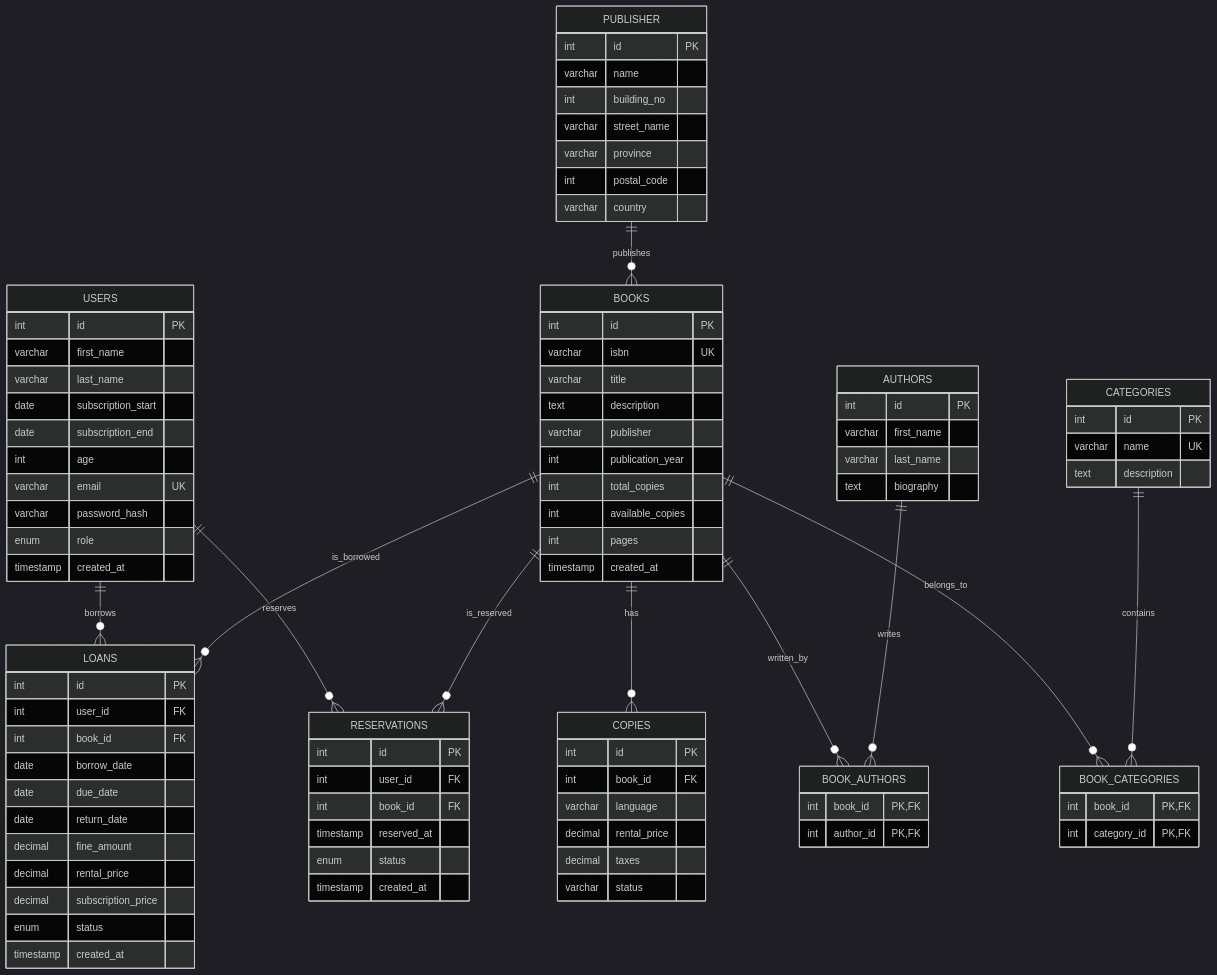
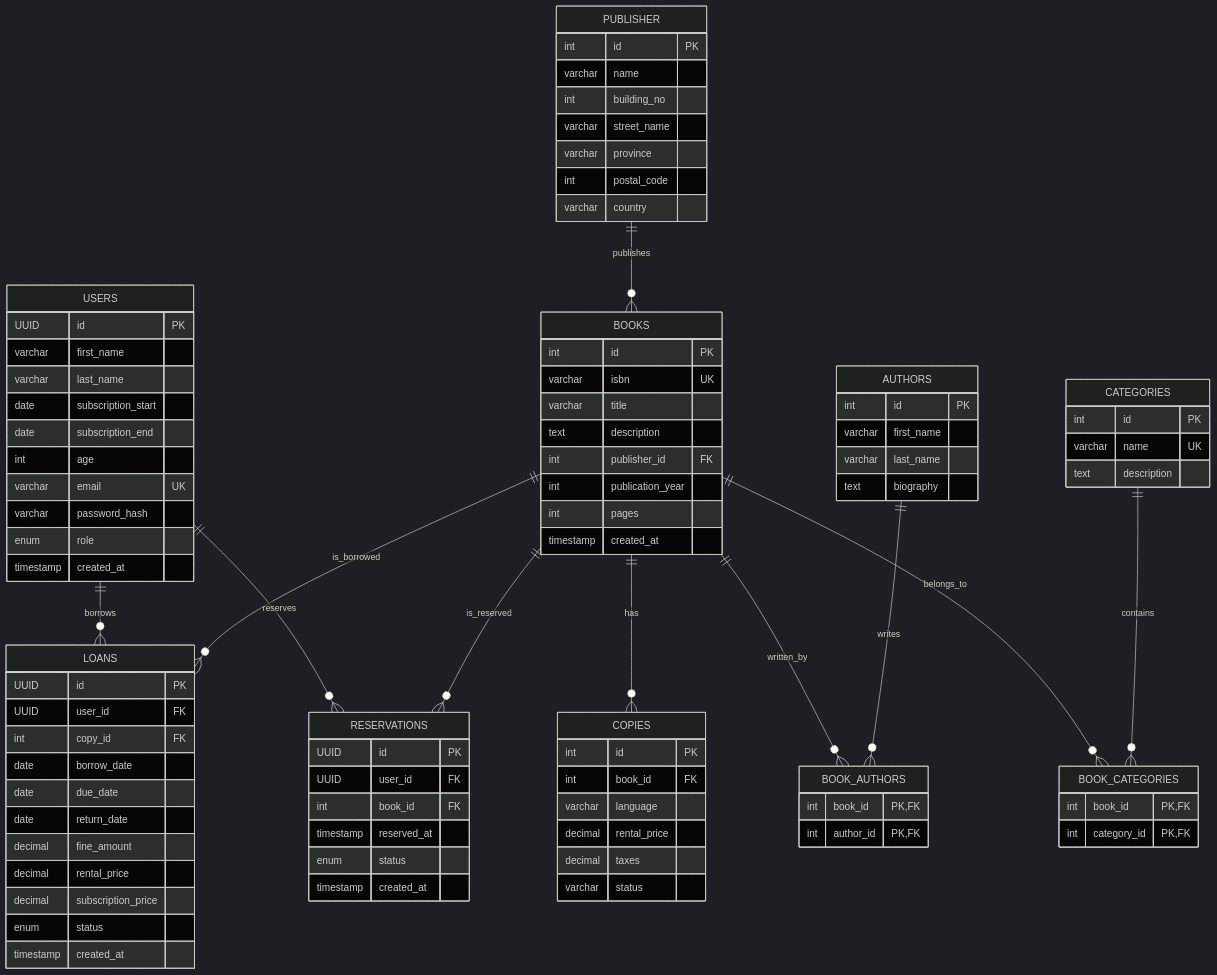
One commit to medo458/DBMS_PROJECT_2026_ASU changed the diagram in README.md. Above: the diagram before and after it, drawn with Mermaid (dark theme).

Commit message:
Change user and loan IDs to UUIDs in README + removed total copies cuz can be derived + loans refer to copy + books refer to publisher idd
Updated data types for users and loans in the database schema.

```diff
--- a/README.md
+++ b/README.md
@@ -31,7 +31,7 @@
     CATEGORIES ||--o{ BOOK_CATEGORIES : "contains"
 
     USERS {
-        int id PK
+        UUID id PK
         varchar first_name
         varchar last_name
         date subscription_start
@@ -48,10 +48,8 @@
         varchar isbn UK
         varchar title
         text description
-        varchar publisher
+        int publisher_id FK
         int publication_year
-        int total_copies
-        int available_copies
         int pages
         timestamp created_at
     }
@@ -89,9 +87,9 @@
     }
 
     LOANS {
-        int id PK
-        int user_id FK
-        int book_id FK
+        UUID id PK
+        UUID user_id FK
+        int copy_id FK
         date borrow_date
         date due_date
         date return_date
@@ -103,8 +101,8 @@
     }
 
     RESERVATIONS {
-        int id PK
-        int user_id FK
+        UUID id PK
+        UUID user_id FK
         int book_id FK
         timestamp reserved_at
         enum status
```
